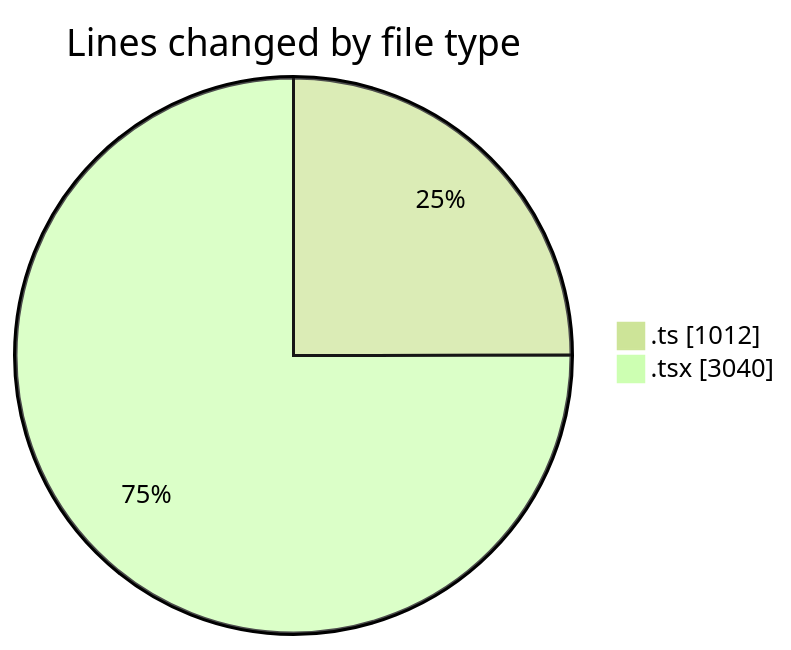
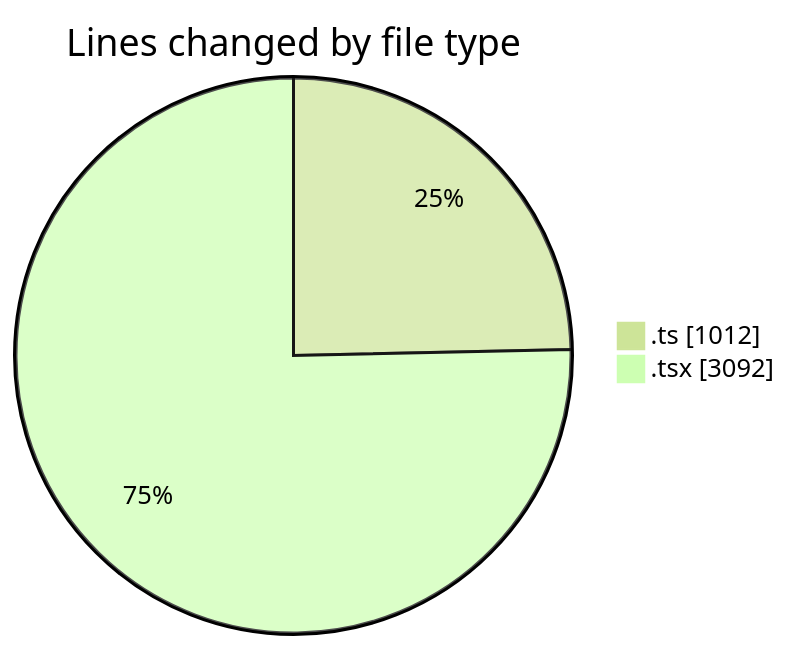
Before and after one commit to nxtqubesakshisongat/code-tracking: the first of 2 diagrams in 2026-05-04/nxtqube_webapp/README.md, drawn with Mermaid (forest theme). The commit also changed other lines of this file and 1 other file, not shown here.

````diff
--- a/2026-05-04/nxtqube_webapp/README.md
+++ b/2026-05-04/nxtqube_webapp/README.md
@@ -24,6 +25,6 @@
 ```mermaid
 pie showData
 title Lines changed by file type
 ".ts" : 1012
-".tsx" : 3040
+".tsx" : 3092
 ```
````
